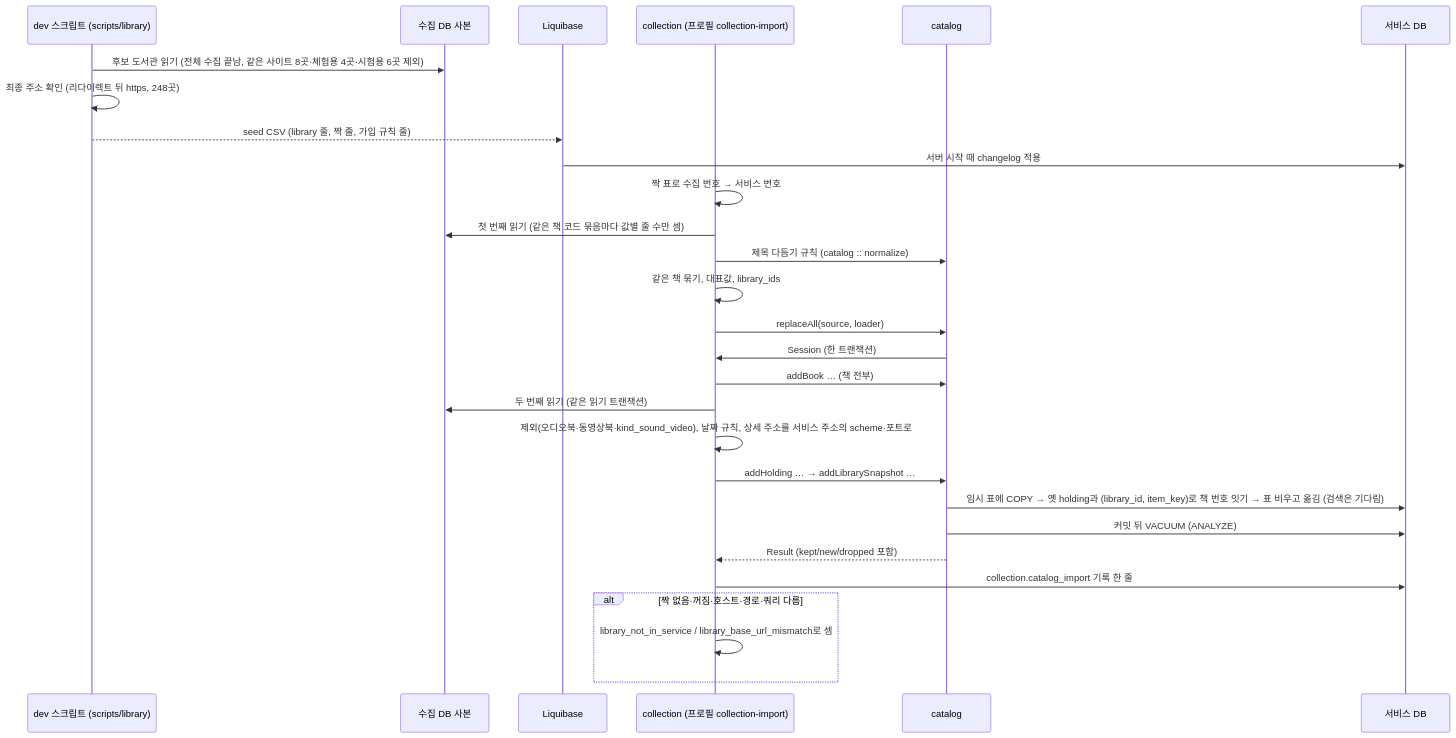
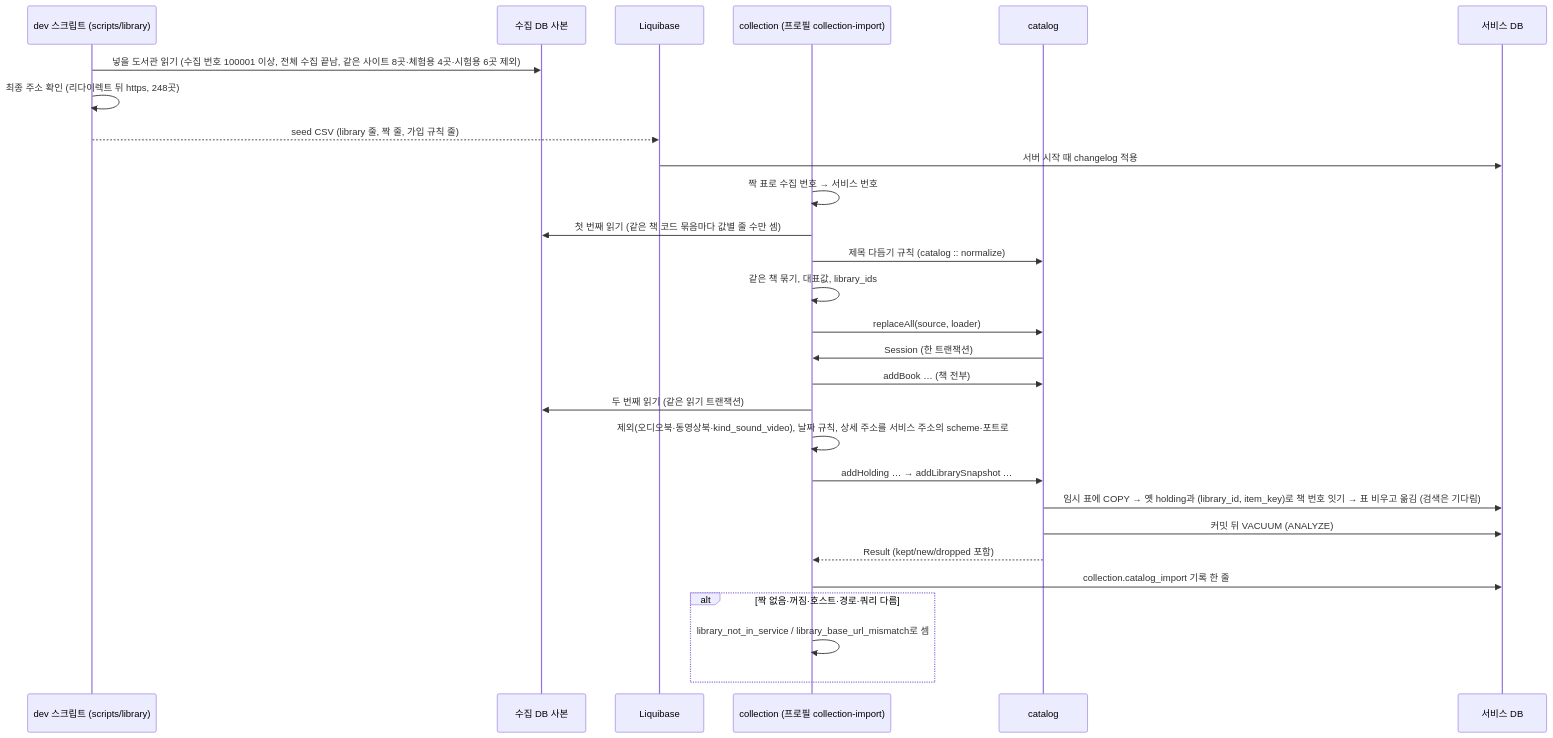
Before and after one commit to hodu-sketch/chaekcheck-plan: diagram 17 of 39 in docs/current/flows.md, drawn with Mermaid. The commit also changed other lines of this file and 25 other files, not shown here.

````diff
--- a/docs/current/flows.md
+++ b/docs/current/flows.md
@@ -532,30 +533,30 @@
 ```mermaid
 sequenceDiagram
   participant DEVS as dev 스크립트 (scripts/library)
   participant SNAP as 수집 DB 사본
   participant LQ as Liquibase
   participant COL as collection (프로필 collection-import)
   participant CAT as catalog
   participant DB as 서비스 DB
-  DEVS->>SNAP: 후보 도서관 읽기 (전체 수집 끝남, 같은 사이트 8곳·체험용 4곳·시험용 6곳 제외)
+  DEVS->>SNAP: 넣을 도서관 읽기 (수집 번호 100001 이상, 전체 수집 끝남, 같은 사이트 8곳·체험용 4곳·시험용 6곳 제외)
   DEVS->>DEVS: 최종 주소 확인 (리다이렉트 뒤 https, 248곳)
   DEVS-->>LQ: seed CSV (library 줄, 짝 줄, 가입 규칙 줄)
   LQ->>DB: 서버 시작 때 changelog 적용
   COL->>COL: 짝 표로 수집 번호 → 서비스 번호
   COL->>SNAP: 첫 번째 읽기 (같은 책 코드 묶음마다 값별 줄 수만 셈)
   COL->>CAT: 제목 다듬기 규칙 (catalog :: normalize)
   COL->>COL: 같은 책 묶기, 대표값, library_ids
   COL->>CAT: replaceAll(source, loader)
   CAT->>COL: Session (한 트랜잭션)
   COL->>CAT: addBook … (책 전부)
   COL->>SNAP: 두 번째 읽기 (같은 읽기 트랜잭션)
   COL->>COL: 제외(오디오북·동영상북·kind_sound_video), 날짜 규칙, 상세 주소를 서비스 주소의 scheme·포트로
   COL->>CAT: addHolding … → addLibrarySnapshot …
   CAT->>DB: 임시 표에 COPY → 옛 holding과 (library_id, item_key)로 책 번호 잇기 → 표 비우고 옮김 (검색은 기다림)
   CAT->>DB: 커밋 뒤 VACUUM (ANALYZE)
   CAT-->>COL: Result (kept/new/dropped 포함)
   COL->>DB: collection.catalog_import 기록 한 줄
   alt 짝 없음·꺼짐·호스트·경로·쿼리 다름
     COL->>COL: library_not_in_service / library_base_url_mismatch로 셈
   end
 ```
````
